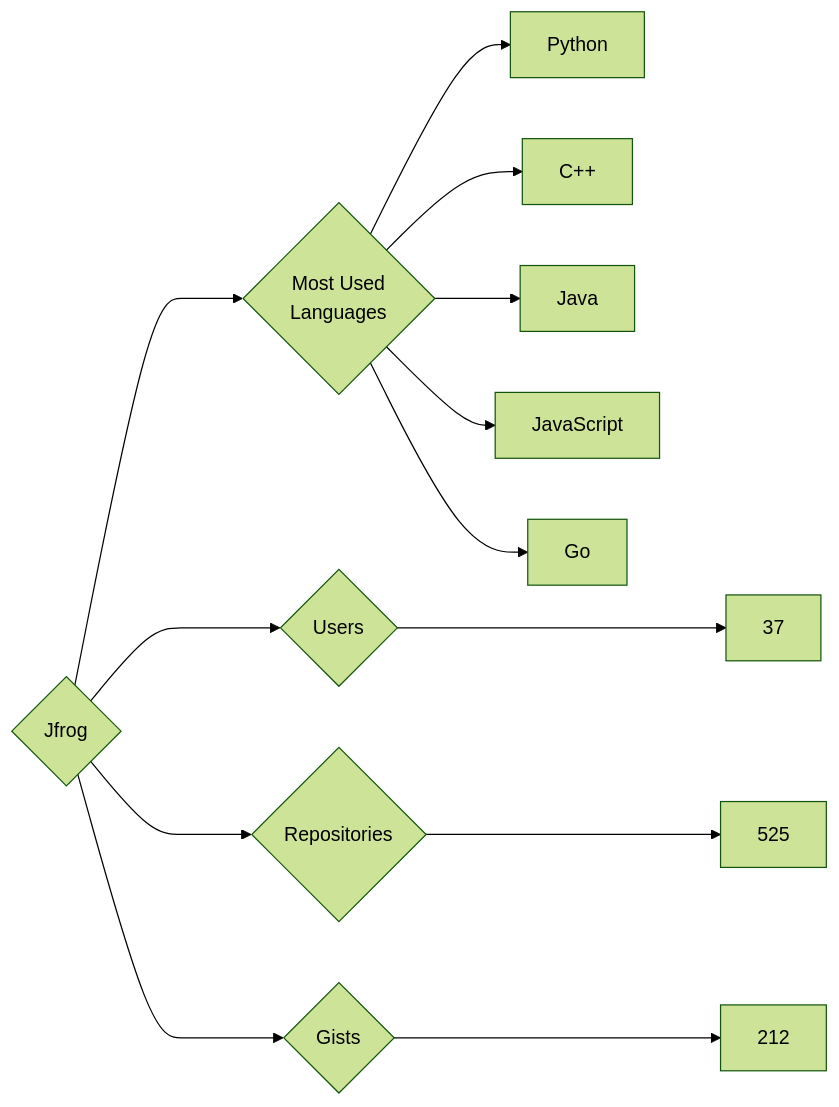
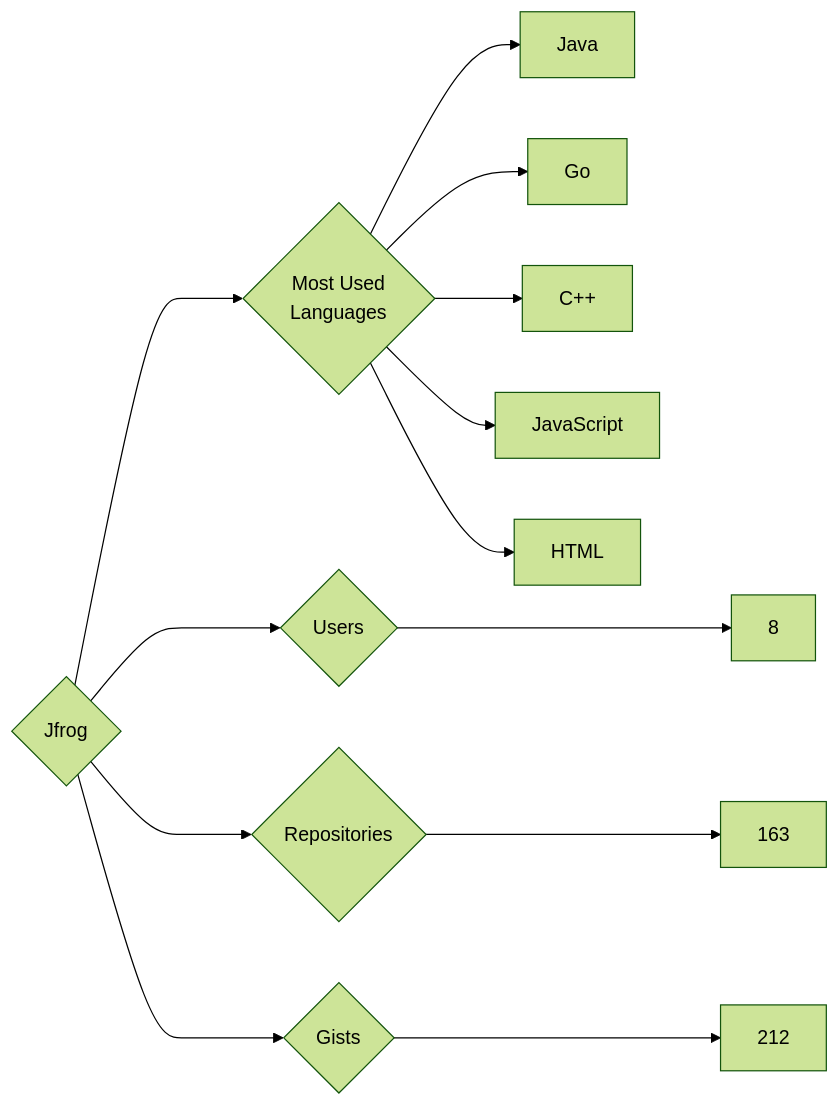
One commit to trickest/insiders changed the diagram in targets/Jfrog/README.md. Above: the diagram before and after it, drawn with Mermaid (forest theme). The commit also changed 676 other files, not shown here.

````diff
--- a/targets/Jfrog/README.md
+++ b/targets/Jfrog/README.md
@@ -3,13 +3,13 @@
 ```mermaid
 graph LR
 COMPANY_NAME{Jfrog}
-COMPANY_NAME ---> U{Users} ---> UN[37]
-COMPANY_NAME ---> R{Repositories} ---> RN[525]
+COMPANY_NAME ---> U{Users} ---> UN[8]
+COMPANY_NAME ---> R{Repositories} ---> RN[163]
 COMPANY_NAME ---> G{Gists} ---> GN[212]
 COMPANY_NAME ---> ML{Most Used<br>Languages}
-ML --> Python[Python]
+ML --> Java[Java]
+ML --> Go[Go]
 ML --> C++[C++]
-ML --> Java[Java]
 ML --> JavaScript[JavaScript]
-ML --> Go[Go]
+ML --> HTML[HTML]
 ```
````
